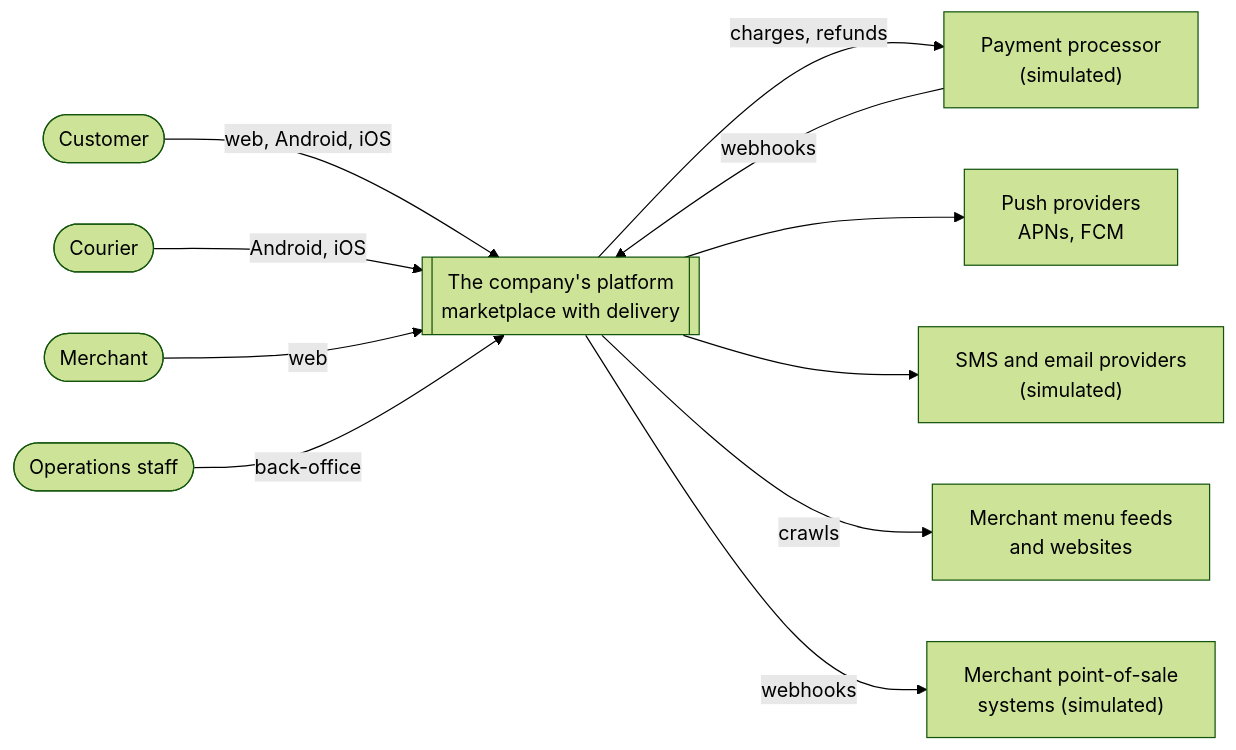
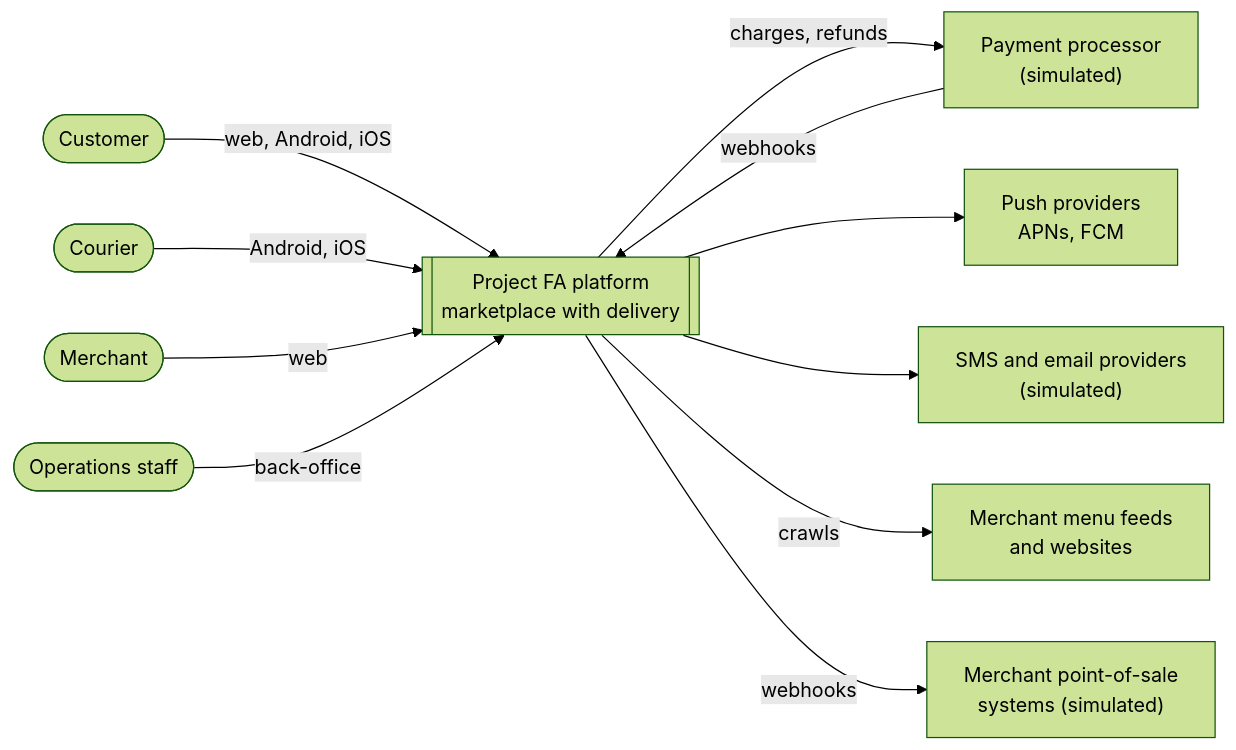
Before and after one commit to citrusunshiu/project-fa: the first of 2 diagrams in docs/architecture/overview.md, drawn with Mermaid (forest theme). The commit also changed 3 other files, not shown here.

Commit message:
docs: name the company Project FA

````diff
--- a/docs/architecture/overview.md
+++ b/docs/architecture/overview.md
@@ -9,26 +9,26 @@
 ```mermaid
 flowchart LR
   customer([Customer])
   courier([Courier])
   merchant([Merchant])
   ops([Operations staff])
 
-  system[["The company's platform<br/>marketplace with delivery"]]
+  system[["Project FA platform<br/>marketplace with delivery"]]
 
   processor["Payment processor<br/>(simulated)"]
   push["Push providers<br/>APNs, FCM"]
   messaging["SMS and email providers<br/>(simulated)"]
   feeds["Merchant menu feeds<br/>and websites"]
   pos["Merchant point-of-sale<br/>systems (simulated)"]
 
   customer -- "web, Android, iOS" --> system
   courier -- "Android, iOS" --> system
   merchant -- "web" --> system
   ops -- "back-office" --> system
   system -- "charges, refunds" --> processor
   processor -- "webhooks" --> system
   system --> push
   system --> messaging
   system -- "crawls" --> feeds
   system -- "webhooks" --> pos
 ```
````
